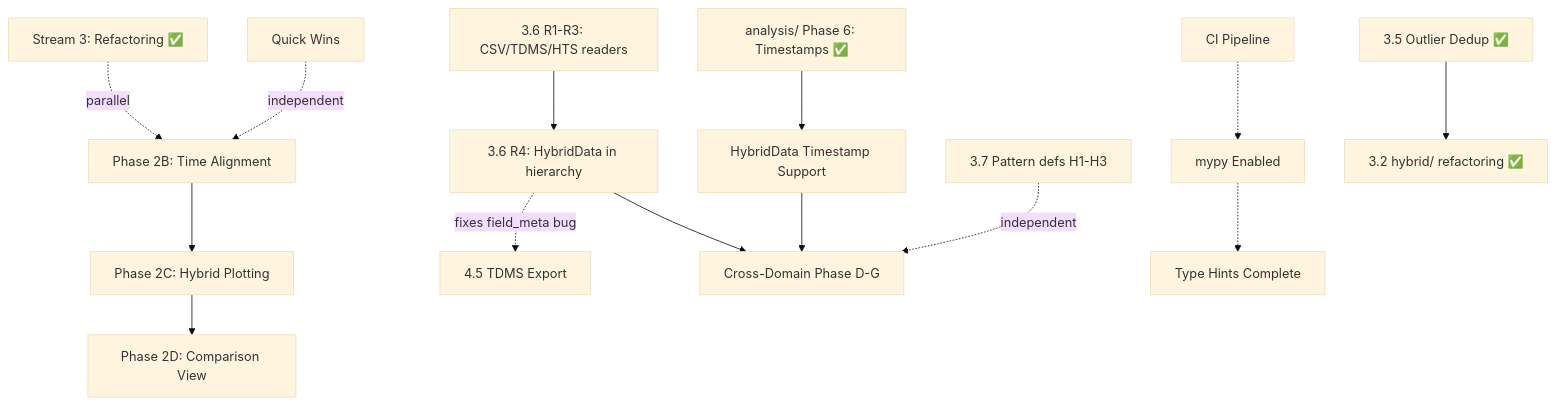
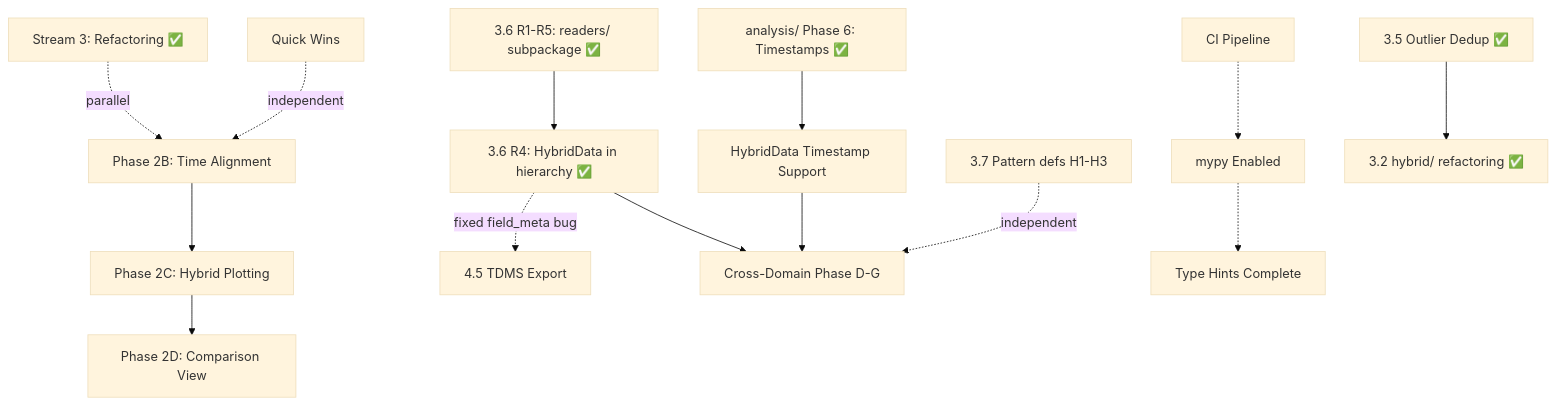
One commit to MagnetDB/python_magnetrun changed the diagram in prompts/ROADMAP.md. Above: the diagram before and after it, drawn with Mermaid (base theme). The commit also changed other lines of this file and 32 other files, not shown here.

````diff
--- a/prompts/ROADMAP.md
+++ b/prompts/ROADMAP.md
@@ -350,21 +379,21 @@
 ```mermaid
 graph TD
     A[Phase 2B: Time Alignment] --> B[Phase 2C: Hybrid Plotting]
     B --> C[Phase 2D: Comparison View]
 
     D[analysis/ Phase 6: Timestamps ✅] --> E[HybridData Timestamp Support]
     E --> F[Cross-Domain Phase D-G]
 
-    R1[3.6 R1-R3: CSV/TDMS/HTS readers] --> R4[3.6 R4: HybridData in hierarchy]
+    R1[3.6 R1-R5: readers/ subpackage ✅] --> R4[3.6 R4: HybridData in hierarchy ✅]
     R4 --> F
-    R4 -.fixes field_meta bug.-> T[4.5 TDMS Export]
+    R4 -.fixed field_meta bug.-> T[4.5 TDMS Export]
 
     H1[3.7 Pattern defs H1-H3] -.independent.-> F
 
     G[CI Pipeline] -.-> HH[mypy Enabled]
     HH -.-> I[Type Hints Complete]
 
     J[Quick Wins] -.independent.-> A
     K[Stream 3: Refactoring ✅] -.parallel.-> A
     L[3.5 Outlier Dedup ✅] --> M[3.2 hybrid/ refactoring ✅]
 ```
````
